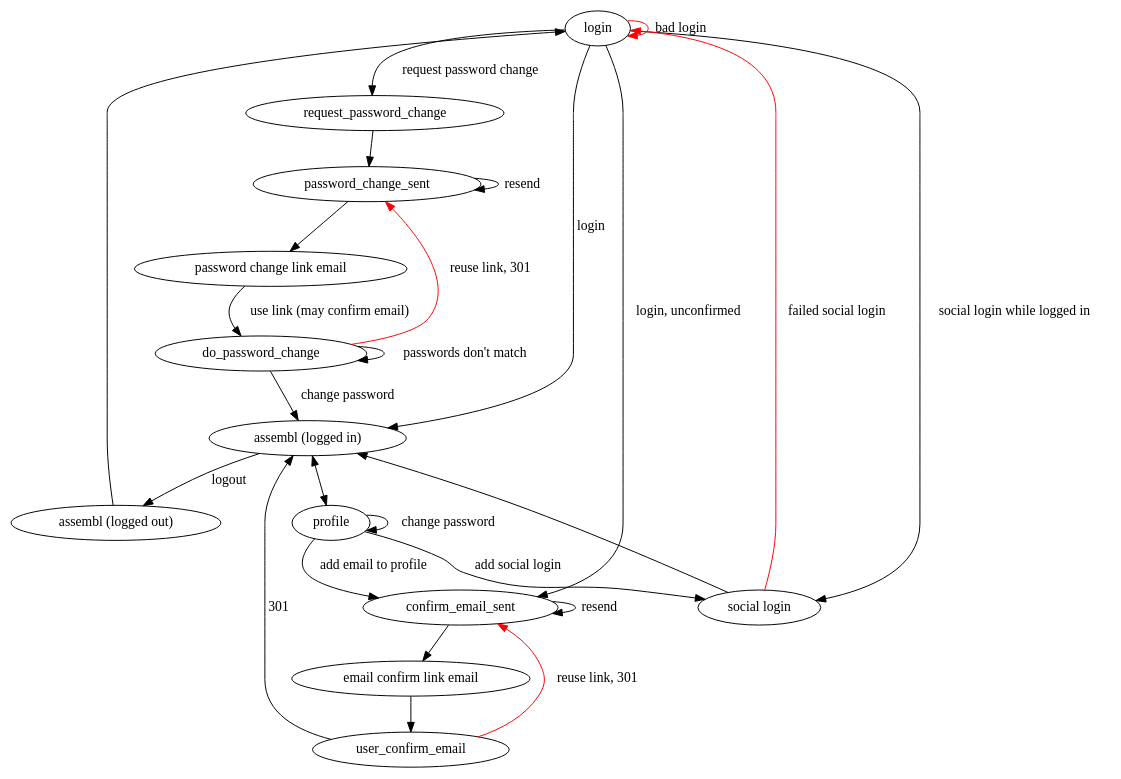
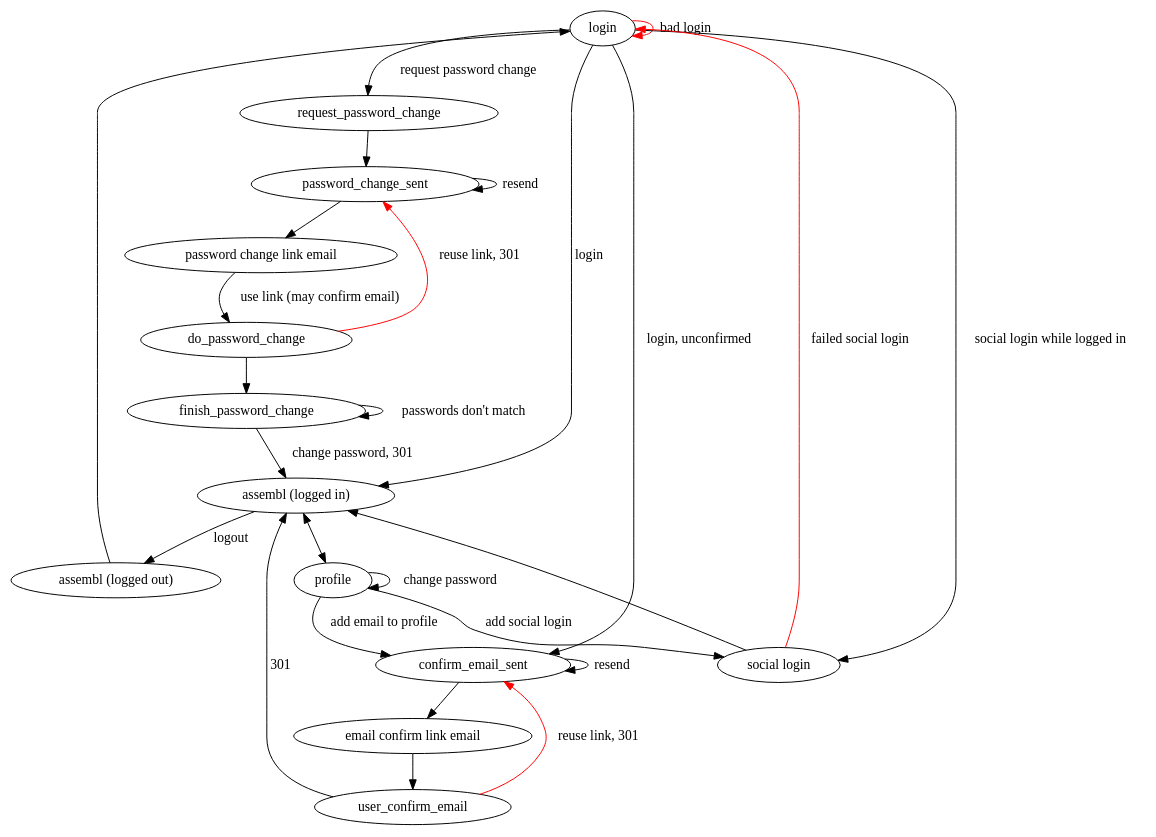
One commit to assembl/assembl changed the diagram in doc/auth.dot. Above: the diagram before and after it, drawn with Graphviz. The commit also changed 7 other files, not shown here.

```diff
--- a/doc/auth.dot
+++ b/doc/auth.dot
@@ -1,44 +1,45 @@
 strict digraph {
 
     login;
     "request_password_change";
     "email confirm link email";
     "password change link email";
     "assembl (logged out)";
     "profile";
     "assembl (logged in)";
     "user_confirm_email";
     #"confirm_user_email";
     "confirm_email_sent" ;
     "password_change_sent";
 
     login -> "assembl (logged in)" [label=login];
     login->login [label="bad login", color=red];
     login -> "confirm_email_sent" [label="register"];
     login -> "social login";
     "social login" -> "assembl (logged in)";
     "social login" -> login [color=red, label="failed social login"];
     login -> "confirm_email_sent" [label="login, unconfirmed"];
     "confirm_email_sent" -> "confirm_email_sent" [label=resend];
     confirm_email_sent -> "email confirm link email";
     "email confirm link email"->user_confirm_email;
     user_confirm_email->"assembl (logged in)" [label=301];
     user_confirm_email->confirm_email_sent [label="reuse link, 301", color=red];
     login->request_password_change [label="request password change"];
     request_password_change->password_change_sent;
     password_change_sent->password_change_sent [label=resend];
     password_change_sent->"password change link email";
     "password change link email"->"do_password_change" [label="use link (may confirm email)"];
 
-    "do_password_change"->"assembl (logged in)" [label="change password"];
-    "do_password_change"->"do_password_change" [label="passwords don't match"];
+    do_password_change->finish_password_change;
+    "finish_password_change"->"assembl (logged in)" [label="change password, 301"];
+    "finish_password_change"->"finish_password_change" [label="passwords don't match"];
     "do_password_change"->"password_change_sent" [label="reuse link, 301", color=red];
     "assembl (logged in)" -> "assembl (logged out)" [label="logout"];
     "assembl (logged out)" -> login;
     login -> "social login" [label="social login while logged in"];
     "assembl (logged in)" -> profile [dir="both"];
     "profile" -> "social login" [label="add social login"];
     profile->profile [label="change password"];
     profile->confirm_email_sent [label="add email to profile"];
     #"confirm_user_email"->"email confirm link email";
 }
```
